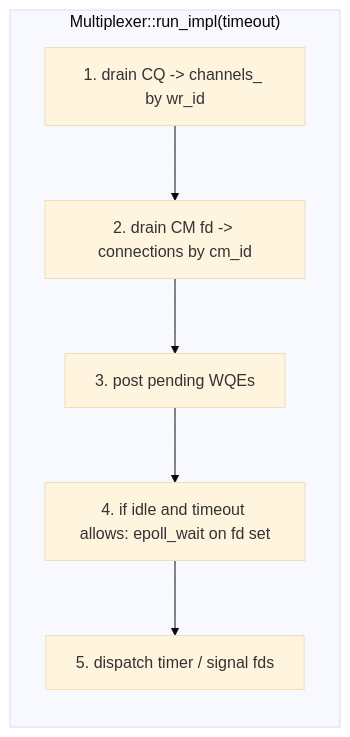
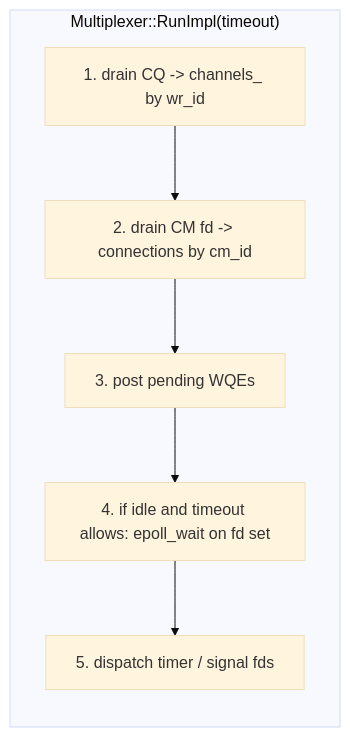
Before and after one commit to UserNameUnavailableIsUnavailable/KVStore: the second of 4 diagrams in Documentation/RDMA.md, drawn with Mermaid (base theme). The commit also changed other lines of this file and 316 other files, not shown here.

````diff
--- a/Documentation/RDMA.md
+++ b/Documentation/RDMA.md
@@ -284,9 +284,9 @@
 ```mermaid
 flowchart LR
-    subgraph run["Multiplexer::run_impl(timeout)"]
+    subgraph run["Multiplexer::RunImpl(timeout)"]
         A["1. drain CQ -> channels_ by wr_id"] --> B["2. drain CM fd -> connections by cm_id"]
         B --> C["3. post pending WQEs"]
         C --> D["4. if idle and timeout allows: epoll_wait on fd set"]
         D --> E["5. dispatch timer / signal fds"]
     end
 ```
````
